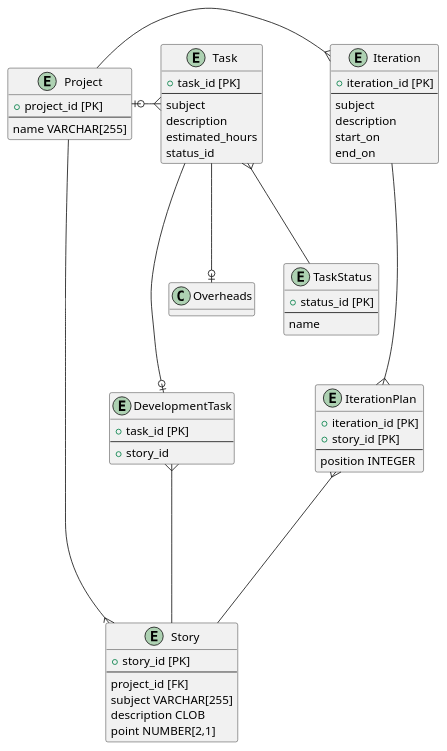
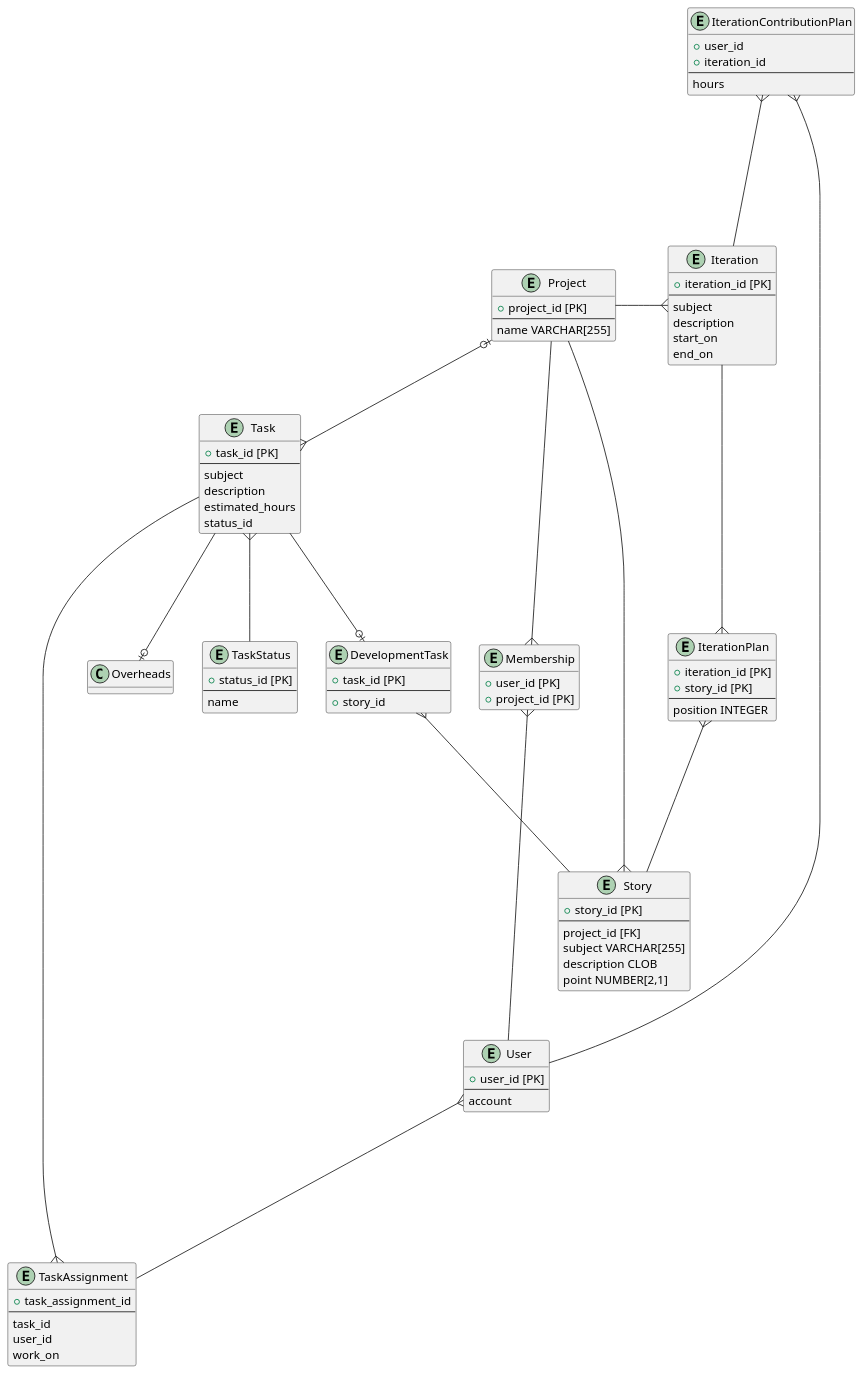
The diagram in model.puml (kawasima/rascaloid), drawn with PlantUML before and after one commit. The commit also changed 7 other files, not shown here.

```diff
--- a/model.puml
+++ b/model.puml
@@ -1,66 +1,98 @@
 @startuml
 hide methods
 hide stereotypes
 
 entity Project {
   + project_id [PK]
   --
   name VARCHAR[255]
 }
 
 entity Story {
   + story_id [PK]
   --
   project_id [FK]
   subject VARCHAR[255]
   description CLOB
   point NUMBER[2,1]
 }
 
 entity Task {
   + task_id [PK]
   --
   subject
   description
   estimated_hours
   status_id
 }
 
 entity TaskStatus {
   + status_id [PK]
   --
   name
 }
 
 entity IterationPlan {
   + iteration_id [PK]
   + story_id [PK]
   --
   position INTEGER
 }
 
 entity Iteration {
   + iteration_id [PK]
   --
   subject
   description
   start_on
   end_on
 }
 
 entity DevelopmentTask {
   + task_id [PK]
   --
   + story_id
 }
 
+entity User {
+  + user_id [PK]
+  --
+  account
+}
+
+entity Membership {
+  + user_id [PK]
+  + project_id [PK]
+}
+
+entity TaskAssignment {
+  + task_assignment_id
+  --
+  task_id
+  user_id
+  work_on
+}
+
+entity IterationContributionPlan {
+  + user_id
+  + iteration_id
+  --
+  hours
+}
+
 Project --right--{ Iteration
 Project ----{ Story
 Iteration ----{ IterationPlan
 IterationPlan }---- Story
 Project |o--right--{ Task
 Task ---o| DevelopmentTask
 Task ---o| Overheads
 Task }--- TaskStatus
 DevelopmentTask }---- Story
+Project ----{ Membership
+Membership }----- User
+Task ----{ TaskAssignment
+User }---- TaskAssignment
+IterationContributionPlan }---- User
+IterationContributionPlan }---- Iteration
 @enduml
```
